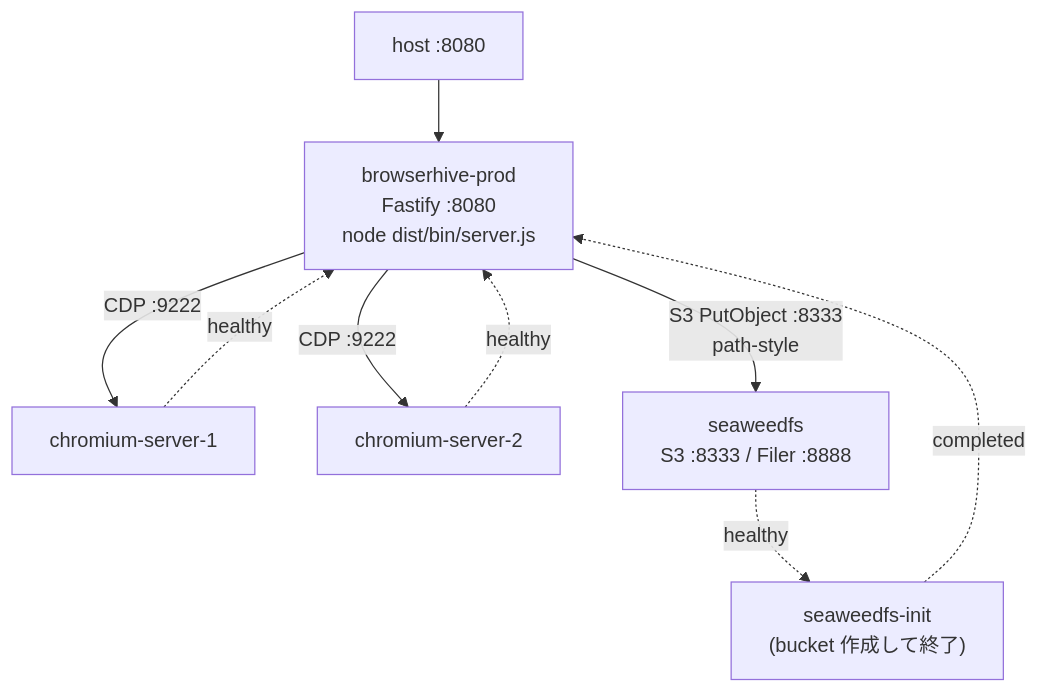
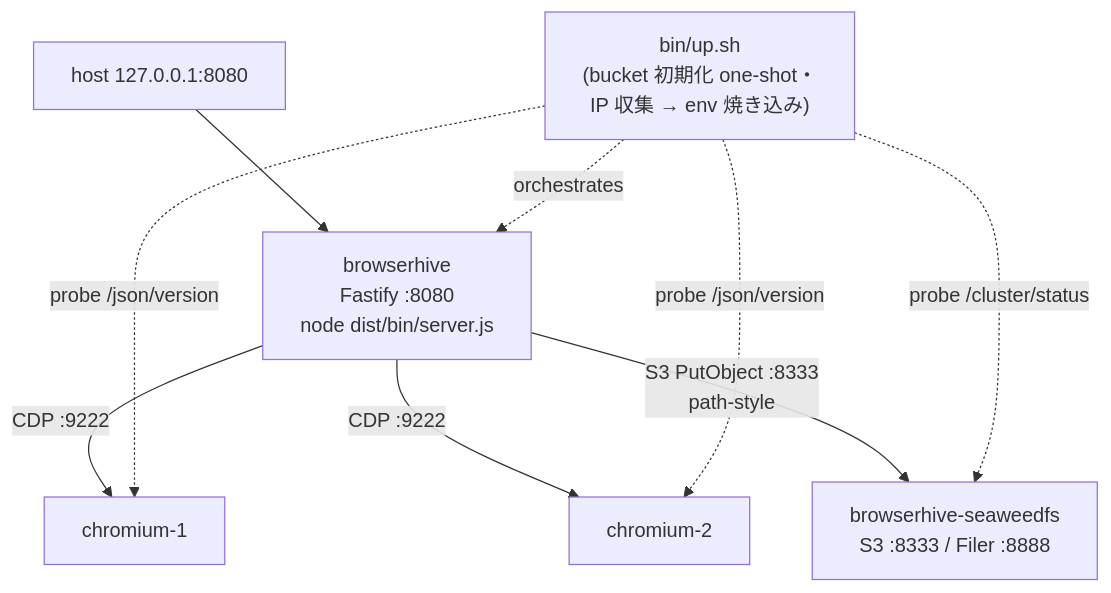
The seventh of 7 diagrams in docs-site/src/content/docs/architecture.mdx (uraitakahito/browserhive), drawn with Mermaid before and after one commit. The commit also changed other lines of this file and 22 other files, not shown here.

````diff
--- a/docs-site/src/content/docs/architecture.mdx
+++ b/docs-site/src/content/docs/architecture.mdx
@@ -323,11 +323,11 @@
 ```mermaid
 flowchart TD
-  HOST["host :8080"] --> BH["browserhive-prod<br>Fastify :8080<br>node dist/bin/server.js"]
-  BH -->|"CDP :9222"| C1["chromium-server-1"]
-  BH -->|"CDP :9222"| C2["chromium-server-2"]
-  BH -->|"S3 PutObject :8333<br>path-style"| SW["seaweedfs<br>S3 :8333 / Filer :8888"]
-  INIT["seaweedfs-init<br>(bucket 作成して終了)"] -.->|completed| BH
-  SW -.->|healthy| INIT
-  C1 -.->|healthy| BH
-  C2 -.->|healthy| BH
+  HOST["host 127.0.0.1:8080"] --> BH["browserhive<br>Fastify :8080<br>node dist/bin/server.js"]
+  BH -->|"CDP :9222"| C1["chromium-1"]
+  BH -->|"CDP :9222"| C2["chromium-2"]
+  BH -->|"S3 PutObject :8333<br>path-style"| SW["browserhive-seaweedfs<br>S3 :8333 / Filer :8888"]
+  UP["bin/up.sh<br>(bucket 初期化 one-shot・<br>IP 収集 → env 焼き込み)"] -.->|orchestrates| BH
+  UP -.->|probe /cluster/status| SW
+  UP -.->|probe /json/version| C1
+  UP -.->|probe /json/version| C2
 ```
````
